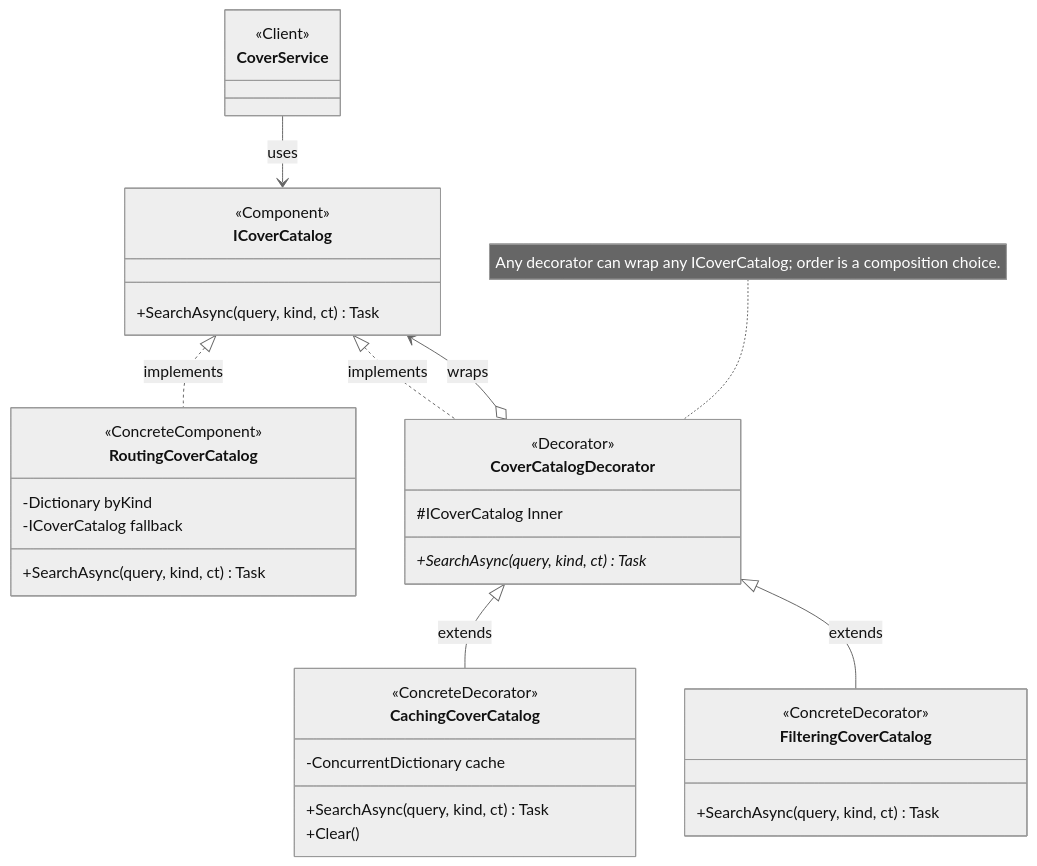
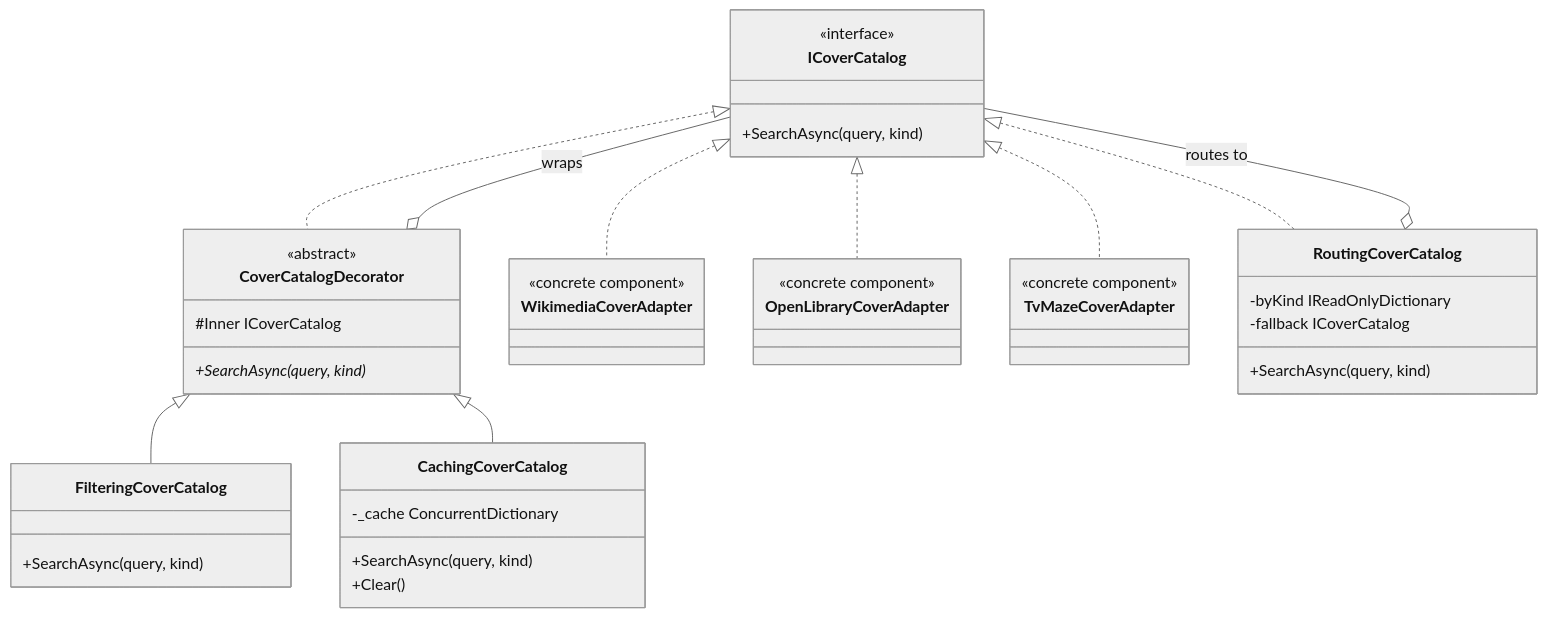
The second of 3 diagrams in Reports/Lab2.md (Prince-of-Nothing/TMPS-Labs), drawn with Mermaid (neutral theme) before and after one commit. The commit also changed other lines of this file and 4 other files, not shown here.

````diff
--- a/Reports/Lab2.md
+++ b/Reports/Lab2.md
@@ -298,39 +154,44 @@
 ```mermaid
 classDiagram
-direction TB
-class CoverService {
-  <<Client>>
-}
-class ICoverCatalog {
-  <<Component>>
-  +SearchAsync(query, kind, ct) Task
-}
-class RoutingCoverCatalog {
-  <<ConcreteComponent>>
-  -Dictionary byKind
-  -ICoverCatalog fallback
-  +SearchAsync(query, kind, ct) Task
-}
-class CoverCatalogDecorator {
-  <<Decorator>>
-  #ICoverCatalog Inner
-  +SearchAsync(query, kind, ct) Task*
-}
-class CachingCoverCatalog {
-  <<ConcreteDecorator>>
-  -ConcurrentDictionary cache
-  +SearchAsync(query, kind, ct) Task
-  +Clear()
-}
-class FilteringCoverCatalog {
-  <<ConcreteDecorator>>
-  +SearchAsync(query, kind, ct) Task
-}
-CoverService --> ICoverCatalog : uses
-ICoverCatalog <|.. RoutingCoverCatalog : implements
-ICoverCatalog <|.. CoverCatalogDecorator : implements
-CoverCatalogDecorator o--> ICoverCatalog : wraps
-CoverCatalogDecorator <|-- CachingCoverCatalog : extends
-CoverCatalogDecorator <|-- FilteringCoverCatalog : extends
-note for CoverCatalogDecorator "Any decorator can wrap any ICoverCatalog; order is a composition choice."
+    direction TB
+    class ICoverCatalog {
+        <<interface>>
+        +SearchAsync(query, kind)
+    }
+    class CoverCatalogDecorator {
+        <<abstract>>
+        #Inner ICoverCatalog
+        +SearchAsync(query, kind)*
+    }
+    class FilteringCoverCatalog {
+        +SearchAsync(query, kind)
+    }
+    class CachingCoverCatalog {
+        -_cache ConcurrentDictionary
+        +SearchAsync(query, kind)
+        +Clear()
+    }
+    class WikimediaCoverAdapter {
+        <<concrete component>>
+    }
+    class OpenLibraryCoverAdapter {
+        <<concrete component>>
+    }
+    class TvMazeCoverAdapter {
+        <<concrete component>>
+    }
+    class RoutingCoverCatalog {
+        -byKind IReadOnlyDictionary
+        -fallback ICoverCatalog
+        +SearchAsync(query, kind)
+    }
+    ICoverCatalog <|.. CoverCatalogDecorator
+    CoverCatalogDecorator o-- ICoverCatalog : wraps
+    CoverCatalogDecorator <|-- FilteringCoverCatalog
+    CoverCatalogDecorator <|-- CachingCoverCatalog
+    ICoverCatalog <|.. WikimediaCoverAdapter
+    ICoverCatalog <|.. OpenLibraryCoverAdapter
+    ICoverCatalog <|.. TvMazeCoverAdapter
+    ICoverCatalog <|.. RoutingCoverCatalog
+    RoutingCoverCatalog o-- ICoverCatalog : routes to
 ```
````
